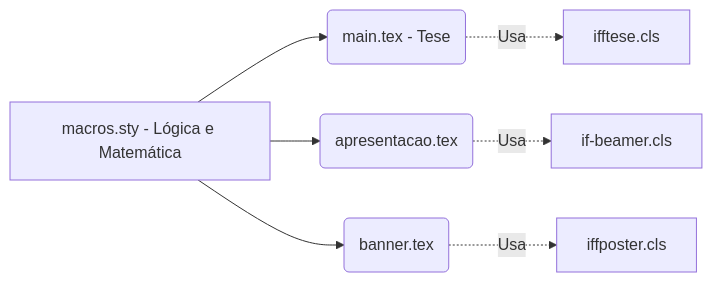
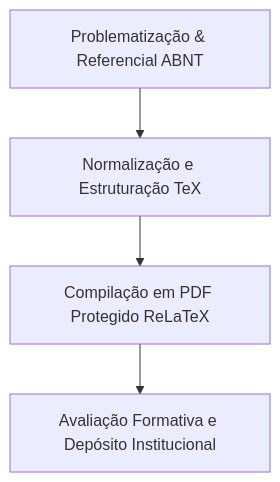
Before and after one commit to pedroiff0/page: the diagram in content/pt-br/resource/latex/aula-19-classes-especializadas-if-beamer-iffposter-relatoriocorp.md, drawn with Mermaid. The commit also changed other lines of this file and 20 other files, not shown here.

````diff
--- a/content/pt-br/resource/latex/aula-19-classes-especializadas-if-beamer-iffposter-relatoriocorp.md
+++ b/content/pt-br/resource/latex/aula-19-classes-especializadas-if-beamer-iffposter-relatoriocorp.md
@@ -154,9 +35,6 @@
 ```mermaid
-graph LR
-    A[macros.sty - Lógica e Matemática] --> B(main.tex - Tese)
-    A --> C(apresentacao.tex)
-    A --> D(banner.tex)
-    B -. Usa .-> E[ifftese.cls]
-    C -. Usa .-> F[if-beamer.cls]
-    D -. Usa .-> G[iffposter.cls]
+flowchart TD
+    A[Problematização & Referencial ABNT] --> B[Normalização e Estruturação TeX]
+    B --> C[Compilação em PDF Protegido ReLaTeX]
+    C --> D[Avaliação Formativa e Depósito Institucional]
 ```
````
